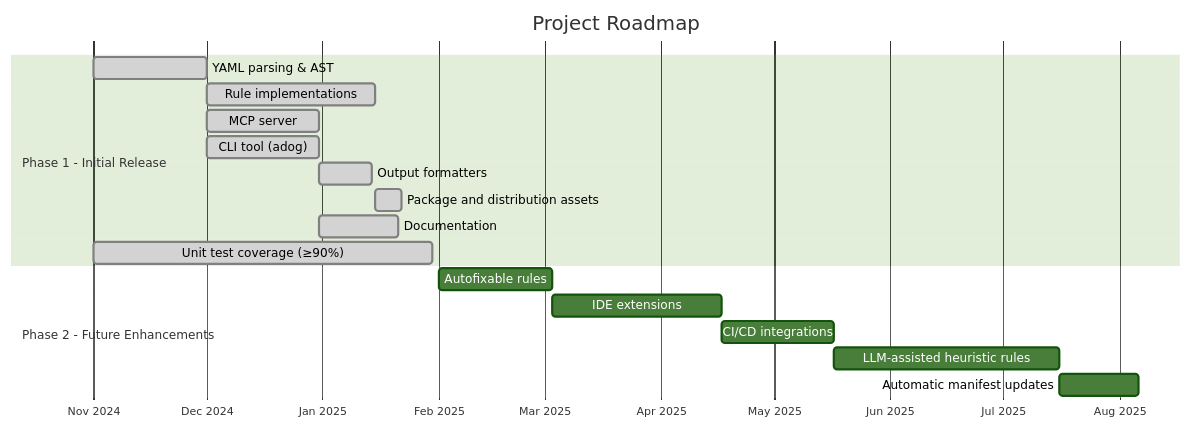
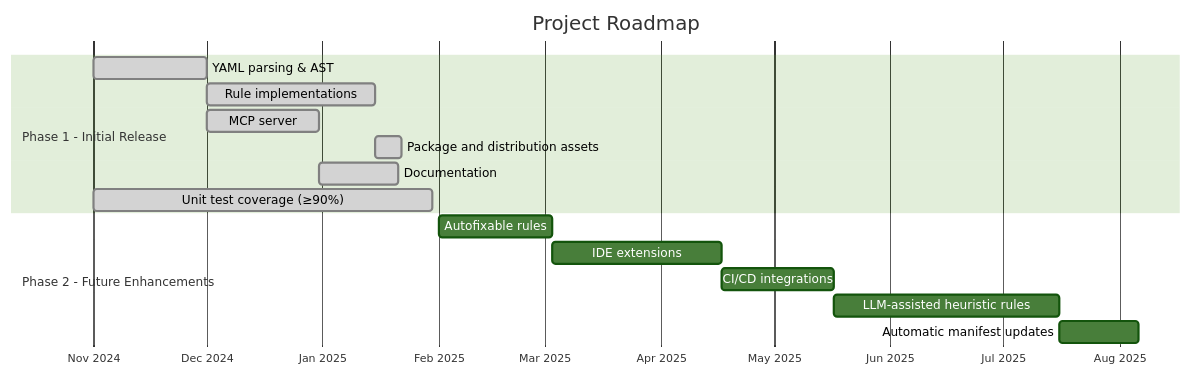
Before and after one commit to ruijarimba/azure-pipelines-guidelines-ai-mcp: the diagram in docs/vision.md, drawn with Mermaid (forest theme). The commit also changed other lines of this file and 13 other files, not shown here.

````diff
--- a/docs/vision.md
+++ b/docs/vision.md
@@ -22,23 +20,21 @@
 ```mermaid
 gantt
     title Project Roadmap
     dateFormat  YYYY-MM-DD
     axisFormat  %b %Y
 
     section Phase 1 - Initial Release
     YAML parsing & AST                :done, p1-parse, 2024-11-01, 30d
     Rule implementations              :done, p1-rules, after p1-parse, 45d
     MCP server                        :done, p1-mcp, after p1-parse, 30d
-    CLI tool (adog)                   :done, p1-cli, after p1-parse, 30d
-    Output formatters                 :done, p1-fmt, after p1-cli, 14d
     Package and distribution assets   :done, p1-dist, after p1-rules, 7d
-    Documentation                     :done, p1-docs, after p1-cli, 21d
+    Documentation                     :done, p1-docs, after p1-mcp, 21d
     Unit test coverage (≥90%)         :done, p1-tests, 2024-11-01, 90d
 
     section Phase 2 - Future Enhancements
     Autofixable rules                 :p2-autofix, 2025-02-01, 30d
     IDE extensions                    :p2-ide, after p2-autofix, 45d
     CI/CD integrations                :p2-cicd, after p2-ide, 30d
     LLM-assisted heuristic rules      :p2-llm, after p2-cicd, 60d
     Automatic manifest updates        :p2-manifest, after p2-llm, 21d
 ```
````
